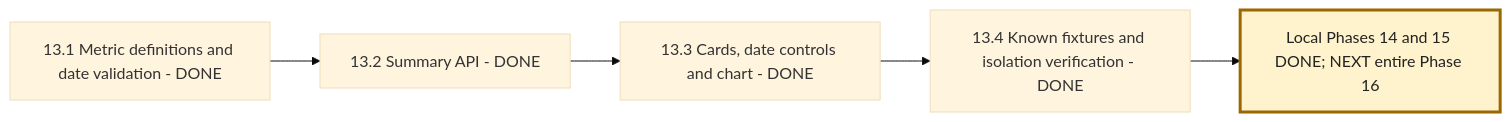
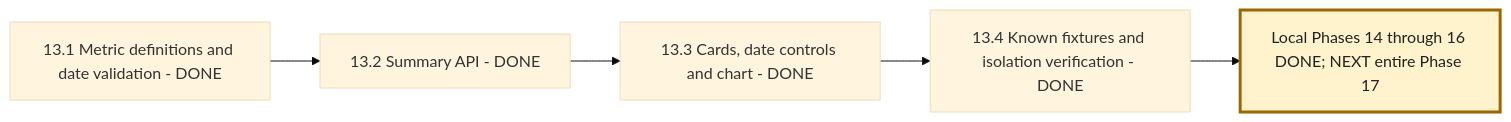
The fifth of 7 diagrams in NEXAAI_ROADMAP.md (msdian0007/nexaAi), drawn with Mermaid (base theme) before and after one commit. The commit also changed other lines of this file and 6 other files, not shown here.

````diff
--- a/NEXAAI_ROADMAP.md
+++ b/NEXAAI_ROADMAP.md
@@ -368,8 +377,8 @@
 ```mermaid
 flowchart LR
     A[13.1 Metric definitions and date validation - DONE] --> B[13.2 Summary API - DONE]
     B --> C[13.3 Cards, date controls and chart - DONE]
     C --> D[13.4 Known fixtures and isolation verification - DONE]
-    D --> E[Local Phases 14 and 15 DONE; NEXT entire Phase 16]
+    D --> E[Local Phases 14 through 16 DONE; NEXT entire Phase 17]
     style E fill:#fff3cd,stroke:#9a6700,stroke-width:3px,color:#222
 ```
````
